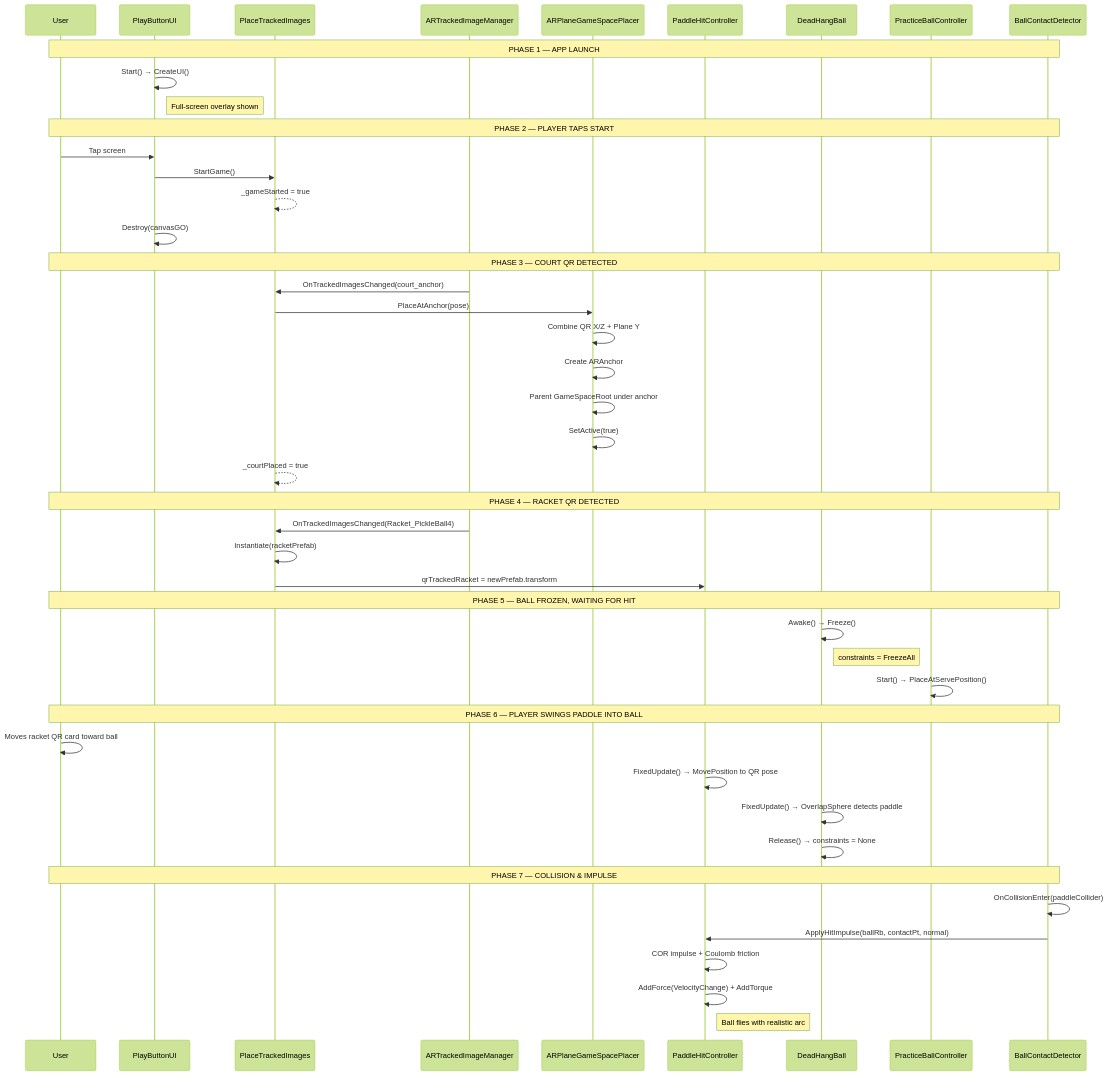
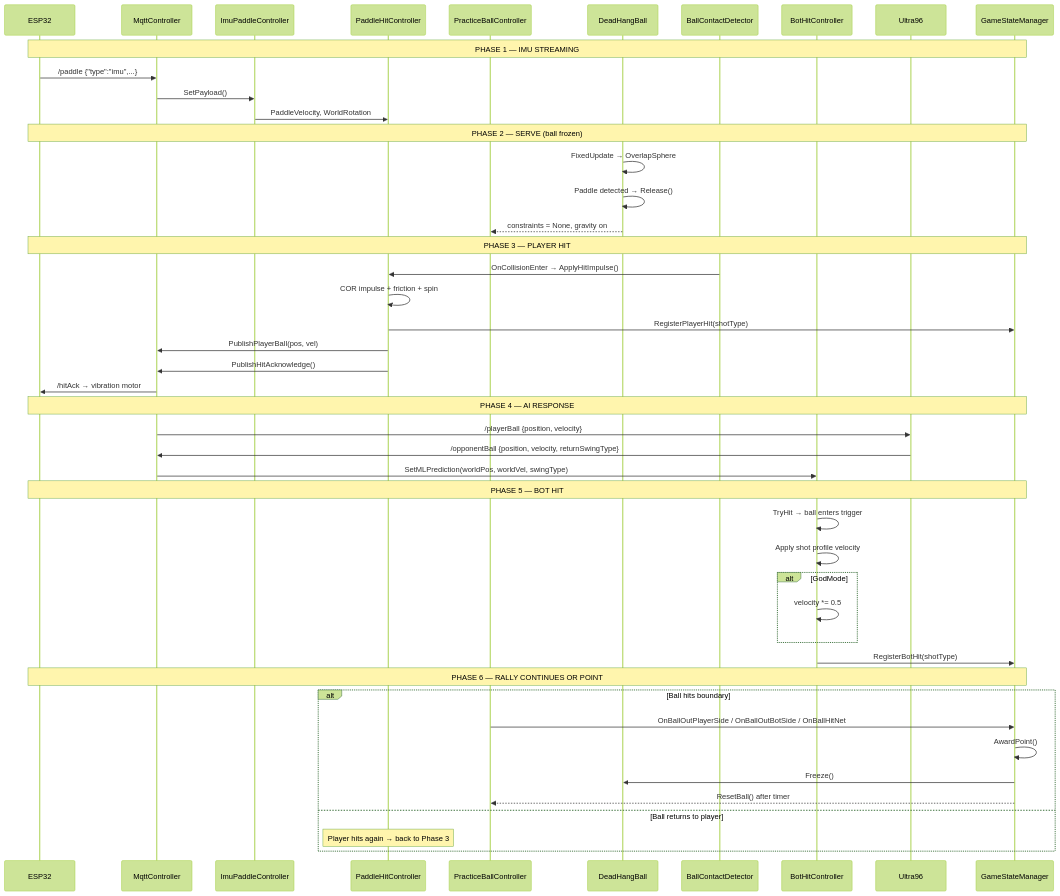
One commit to CG4002-AY2526S2-B03/Capstone_AR_Pickleball_Gameplay changed the fifth of 10 diagrams in Docs/UML_Diagrams.md. Above: the diagram before and after it, drawn with Mermaid (forest theme). The commit also changed other lines of this file and 29 other files, not shown here.

````diff
--- a/Docs/UML_Diagrams.md
+++ b/Docs/UML_Diagrams.md
@@ -306,54 +298,54 @@
 ```mermaid
 sequenceDiagram
-    participant User
-    participant PlayButtonUI
-    participant PlaceTrackedImages
-    participant ARTrackedImageMgr as ARTrackedImageManager
-    participant ARPlaneGameSpace as ARPlaneGameSpacePlacer
-    participant PaddleHitCtrl as PaddleHitController
-    participant DeadHangBall
-    participant PracticeBallCtrl as PracticeBallController
-    participant BallContactDet as BallContactDetector
+    participant ESP as ESP32
+    participant MQTT as MqttController
+    participant IMU as ImuPaddleController
+    participant PAD as PaddleHitController
+    participant BALL as PracticeBallController
+    participant DH as DeadHangBall
+    participant BCD as BallContactDetector
+    participant BOT as BotHitController
+    participant AI as Ultra96
+    participant GS as GameStateManager
 
-    Note over User,BallContactDet: PHASE 1 — APP LAUNCH
-    PlayButtonUI->>PlayButtonUI: Start() → CreateUI()
-    Note right of PlayButtonUI: Full-screen overlay shown
+    Note over ESP,GS: PHASE 1 — IMU STREAMING
+    ESP->>MQTT: /paddle {"type":"imu",...}
+    MQTT->>IMU: SetPayload()
+    IMU->>PAD: PaddleVelocity, WorldRotation
 
-    Note over User,BallContactDet: PHASE 2 — PLAYER TAPS START
-    User->>PlayButtonUI: Tap screen
-    PlayButtonUI->>PlaceTrackedImages: StartGame()
-    PlaceTrackedImages-->>PlaceTrackedImages: _gameStarted = true
-    PlayButtonUI->>PlayButtonUI: Destroy(canvasGO)
+    Note over ESP,GS: PHASE 2 — SERVE (ball frozen)
+    DH->>DH: FixedUpdate → OverlapSphere
+    DH->>DH: Paddle detected → Release()
+    DH-->>BALL: constraints = None, gravity on
 
-    Note over User,BallContactDet: PHASE 3 — COURT QR DETECTED
-    ARTrackedImageMgr->>PlaceTrackedImages: OnTrackedImagesChanged(court_anchor)
-    PlaceTrackedImages->>ARPlaneGameSpace: PlaceAtAnchor(pose)
-    ARPlaneGameSpace->>ARPlaneGameSpace: Combine QR X/Z + Plane Y
-    ARPlaneGameSpace->>ARPlaneGameSpace: Create ARAnchor
-    ARPlaneGameSpace->>ARPlaneGameSpace: Parent GameSpaceRoot under anchor
-    ARPlaneGameSpace->>ARPlaneGameSpace: SetActive(true)
-    PlaceTrackedImages-->>PlaceTrackedImages: _courtPlaced = true
+    Note over ESP,GS: PHASE 3 — PLAYER HIT
+    BCD->>PAD: OnCollisionEnter → ApplyHitImpulse()
+    PAD->>PAD: COR impulse + friction + spin
+    PAD->>GS: RegisterPlayerHit(shotType)
+    PAD->>MQTT: PublishPlayerBall(pos, vel)
+    PAD->>MQTT: PublishHitAcknowledge()
+    MQTT->>ESP: /hitAck → vibration motor
 
-    Note over User,BallContactDet: PHASE 4 — RACKET QR DETECTED
-    ARTrackedImageMgr->>PlaceTrackedImages: OnTrackedImagesChanged(Racket_PickleBall4)
-    PlaceTrackedImages->>PlaceTrackedImages: Instantiate(racketPrefab)
-    PlaceTrackedImages->>PaddleHitCtrl: qrTrackedRacket = newPrefab.transform
+    Note over ESP,GS: PHASE 4 — AI RESPONSE
+    MQTT->>AI: /playerBall {position, velocity}
+    AI->>MQTT: /opponentBall {position, velocity, returnSwingType}
+    MQTT->>BOT: SetMLPrediction(worldPos, worldVel, swingType)
 
-    Note over User,BallContactDet: PHASE 5 — BALL FROZEN, WAITING FOR HIT
-    DeadHangBall->>DeadHangBall: Awake() → Freeze()
-    Note right of DeadHangBall: constraints = FreezeAll
-    PracticeBallCtrl->>PracticeBallCtrl: Start() → PlaceAtServePosition()
+    Note over ESP,GS: PHASE 5 — BOT HIT
+    BOT->>BOT: TryHit → ball enters trigger
+    BOT->>BOT: Apply shot profile velocity
+    alt GodMode
+        BOT->>BOT: velocity *= 0.5
+    end
+    BOT->>GS: RegisterBotHit(shotType)
 
-    Note over User,BallContactDet: PHASE 6 — PLAYER SWINGS PADDLE INTO BALL
-    User->>User: Moves racket QR card toward ball
-    PaddleHitCtrl->>PaddleHitCtrl: FixedUpdate() → MovePosition to QR pose
-    DeadHangBall->>DeadHangBall: FixedUpdate() → OverlapSphere detects paddle
-    DeadHangBall->>DeadHangBall: Release() → constraints = None
-
-    Note over User,BallContactDet: PHASE 7 — COLLISION & IMPULSE
-    BallContactDet->>BallContactDet: OnCollisionEnter(paddleCollider)
-    BallContactDet->>PaddleHitCtrl: ApplyHitImpulse(ballRb, contactPt, normal)
-    PaddleHitCtrl->>PaddleHitCtrl: COR impulse + Coulomb friction
-    PaddleHitCtrl->>PaddleHitCtrl: AddForce(VelocityChange) + AddTorque
-    Note right of PaddleHitCtrl: Ball flies with realistic arc
+    Note over ESP,GS: PHASE 6 — RALLY CONTINUES OR POINT
+    alt Ball hits boundary
+        BALL->>GS: OnBallOutPlayerSide / OnBallOutBotSide / OnBallHitNet
+        GS->>GS: AwardPoint()
+        GS->>DH: Freeze()
+        GS-->>BALL: ResetBall() after timer
+    else Ball returns to player
+        Note over PAD: Player hits again → back to Phase 3
+    end
 ```
````
